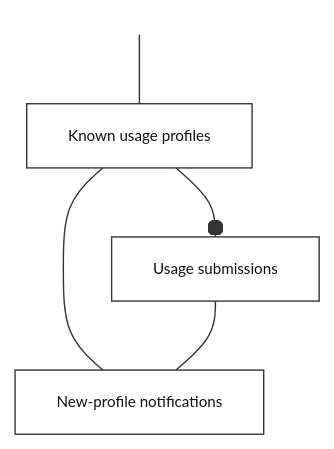
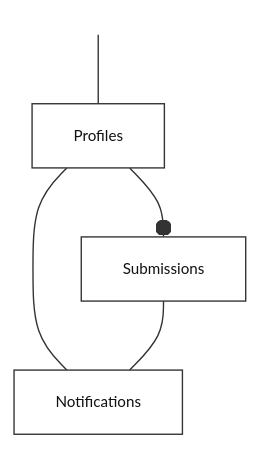
One commit to pekka-28/unesco changed the second of 2 diagrams in supabase/SCHEMA.md. Above: the diagram before and after it, drawn with Mermaid. The commit also changed other lines of this file and 4 other files, not shown here.

Commit message:
Clarify entity model and schema maintenance documentation

````diff
--- a/supabase/SCHEMA.md
+++ b/supabase/SCHEMA.md
@@ -37,16 +35,16 @@
 ```mermaid
 %%{init: {"themeCSS": "marker circle { fill: #ffffff !important; stroke: #333333 !important; }"}}%%
 flowchart TB
   classDef entity fill:#ffffff,stroke:#333333,color:#111111,font-size:11px
   classDef point fill:transparent,stroke:transparent,color:transparent
   PROFILE_SOURCE(( ))
-  Profiles["Known usage profiles"]
-  Submissions["Usage submissions"]
-  Notifications["New-profile notifications"]
+  Profiles["Profiles"]
+  Submissions["Submissions"]
+  Notifications["Notifications"]
   PROFILE_SOURCE --- Profiles
   Profiles --o Submissions
   Profiles --- Notifications
   Submissions --- Notifications
   class Profiles,Submissions,Notifications entity
   class PROFILE_SOURCE point
 ```
````
